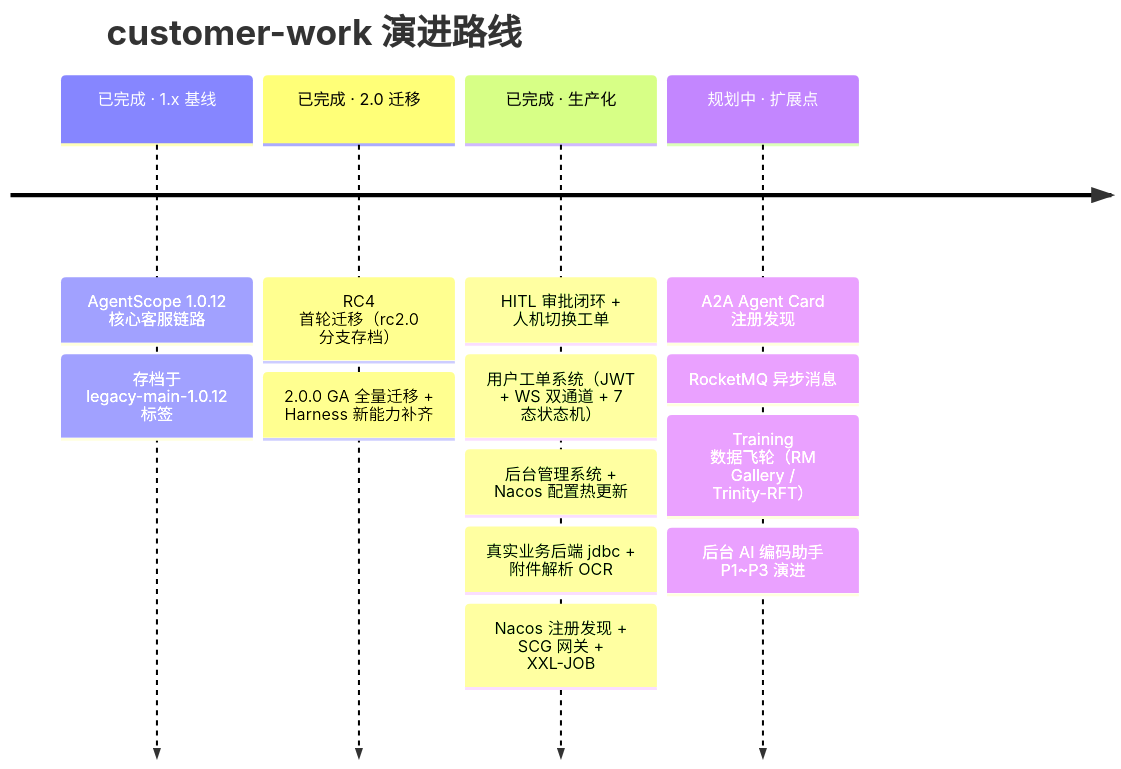
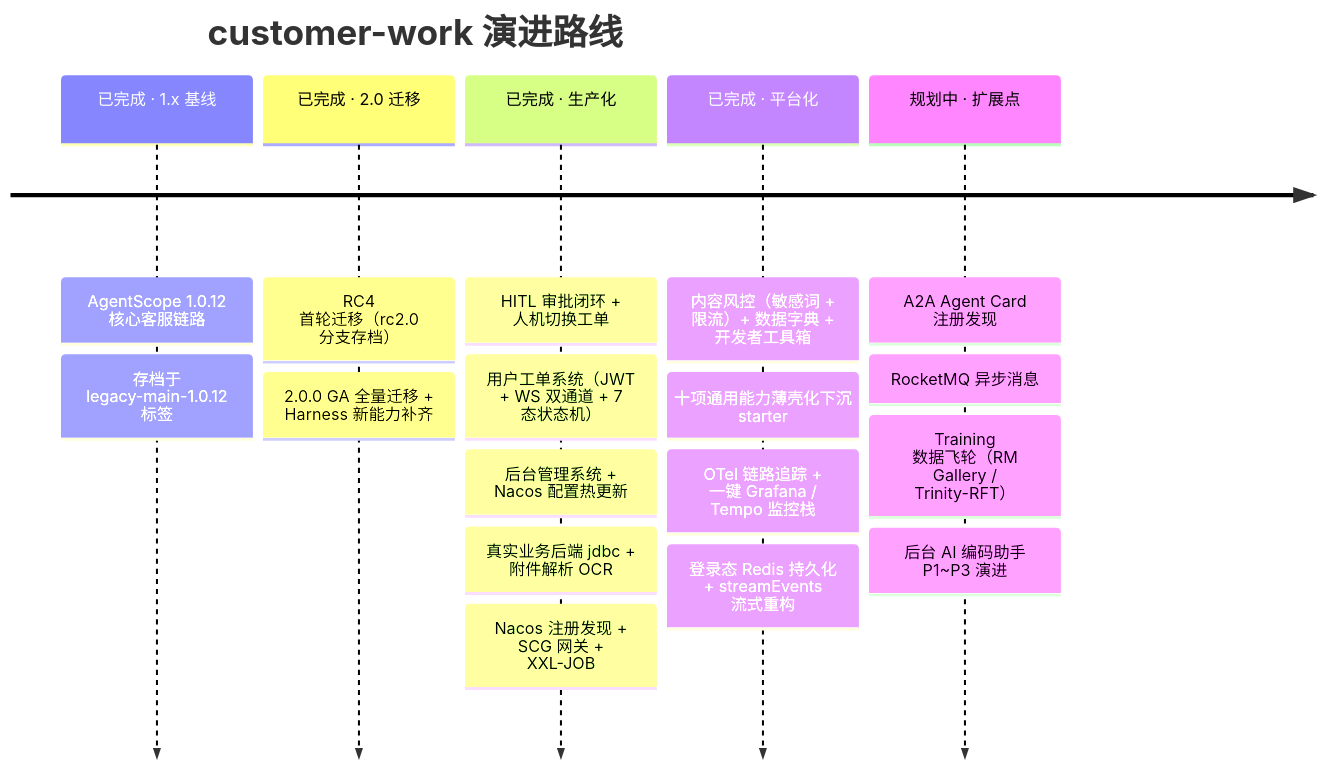
One commit to liulangjietou/customer_work changed the fifth of 5 diagrams in README.md. Above: the diagram before and after it, drawn with Mermaid. The commit also changed other lines of this file, not shown here.

First line of the commit message:
docs(readme): 补模块拓扑/审批时序/工单状态机三张图，更新模块表与测试基线

````diff
--- a/README.md
+++ b/README.md
@@ -170,8 +240,9 @@
 ```mermaid
 timeline
     title customer-work 演进路线
     已完成 · 1.x 基线 : AgentScope 1.0.12 核心客服链路 : 存档于 legacy-main-1.0.12 标签
     已完成 · 2.0 迁移 : RC4 首轮迁移（rc2.0 分支存档） : 2.0.0 GA 全量迁移 + Harness 新能力补齐
     已完成 · 生产化 : HITL 审批闭环 + 人机切换工单 : 用户工单系统（JWT + WS 双通道 + 7 态状态机） : 后台管理系统 + Nacos 配置热更新 : 真实业务后端 jdbc + 附件解析 OCR : Nacos 注册发现 + SCG 网关 + XXL-JOB
+    已完成 · 平台化 : 内容风控（敏感词 + 限流）+ 数据字典 + 开发者工具箱 : 十项通用能力薄壳化下沉 starter : OTel 链路追踪 + 一键 Grafana / Tempo 监控栈 : 登录态 Redis 持久化 + streamEvents 流式重构
     规划中 · 扩展点 : A2A Agent Card 注册发现 : RocketMQ 异步消息 : Training 数据飞轮（RM Gallery / Trinity-RFT） : 后台 AI 编码助手 P1~P3 演进
 ```
````
